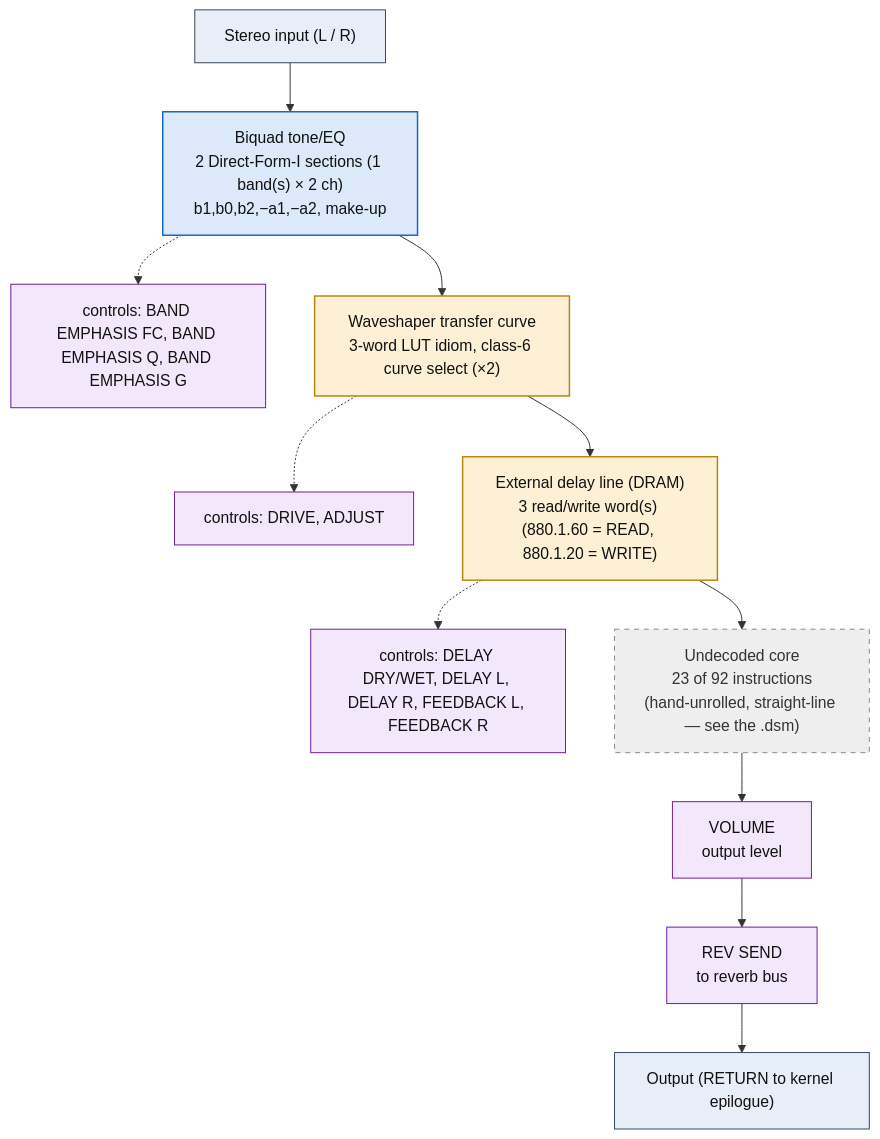
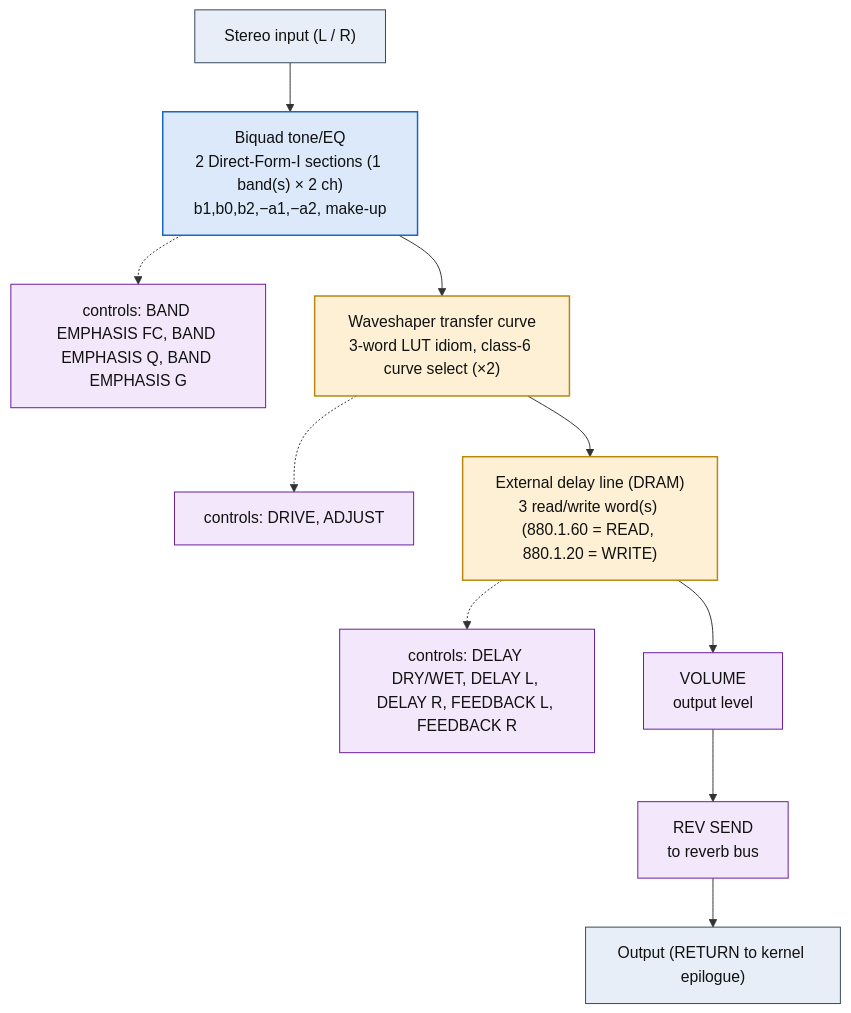
The diagram in dsp/flowcharts/prog98_peq_dist_delay.md (ArqueologiaDigital/kn5000-roms-disasm), drawn with Mermaid before and after one commit. The commit also changed other lines of this file and 39 other files, not shown here.

First line of the commit message:
dsp: annotate all flowcharts with the classic effect topology each shape matches

````diff
--- a/dsp/flowcharts/prog98_peq_dist_delay.md
+++ b/dsp/flowcharts/prog98_peq_dist_delay.md
@@ -12,36 +12,33 @@
 ```mermaid
 flowchart TD
     N0["Stereo input (L / R)"]
     N1["Biquad tone/EQ<br/>2 Direct-Form-I sections (1 band(s) &times; 2 ch)<br/>b1,b0,b2,&minus;a1,&minus;a2, make-up"]
     N0 --> N1
     N2["controls: BAND EMPHASIS FC, BAND EMPHASIS Q, BAND EMPHASIS G"]
     N1 -.-> N2
     N3["Waveshaper transfer curve<br/>3-word LUT idiom, class-6 curve select (&times;2)"]
     N1 --> N3
     N4["controls: DRIVE, ADJUST"]
     N3 -.-> N4
     N5["External delay line (DRAM)<br/>3 read/write word(s) (880.1.60 = READ, 880.1.20 = WRITE)"]
     N3 --> N5
     N6["controls: DELAY DRY/WET, DELAY L, DELAY R, FEEDBACK L, FEEDBACK R"]
     N5 -.-> N6
-    N7["Undecoded core<br/>23 of 92 instructions<br/>(hand-unrolled, straight-line &mdash; see the .dsm)"]
+    N7["VOLUME<br/>output level"]
     N5 --> N7
-    N8["VOLUME<br/>output level"]
+    N8["REV SEND<br/>to reverb bus"]
     N7 --> N8
-    N9["REV SEND<br/>to reverb bus"]
+    N9["Output (RETURN to kernel epilogue)"]
     N8 --> N9
-    N10["Output (RETURN to kernel epilogue)"]
-    N9 --> N10
 
     classDef io fill:#e8eef7,stroke:#33475b,stroke-width:1px,color:#111;
     classDef proven fill:#d7f0d7,stroke:#2e7d32,stroke-width:2px,color:#111;
     classDef measured fill:#dbe9fb,stroke:#1565c0,stroke-width:1.5px,color:#111;
     classDef inferred fill:#fdf0d5,stroke:#b8860b,stroke-width:1.5px,color:#111;
     classDef open fill:#eeeeee,stroke:#888,stroke-width:1px,color:#333,stroke-dasharray:5 5;
     classDef ctrl fill:#f3e8fb,stroke:#6a1b9a,stroke-width:1px,color:#111;
-    class N0,N10 io;
+    class N0,N9 io;
     class N1 measured;
-    class N2,N4,N6,N8,N9 ctrl;
+    class N2,N4,N6,N7,N8 ctrl;
     class N3,N5 inferred;
-    class N7 open;
 ```
````
